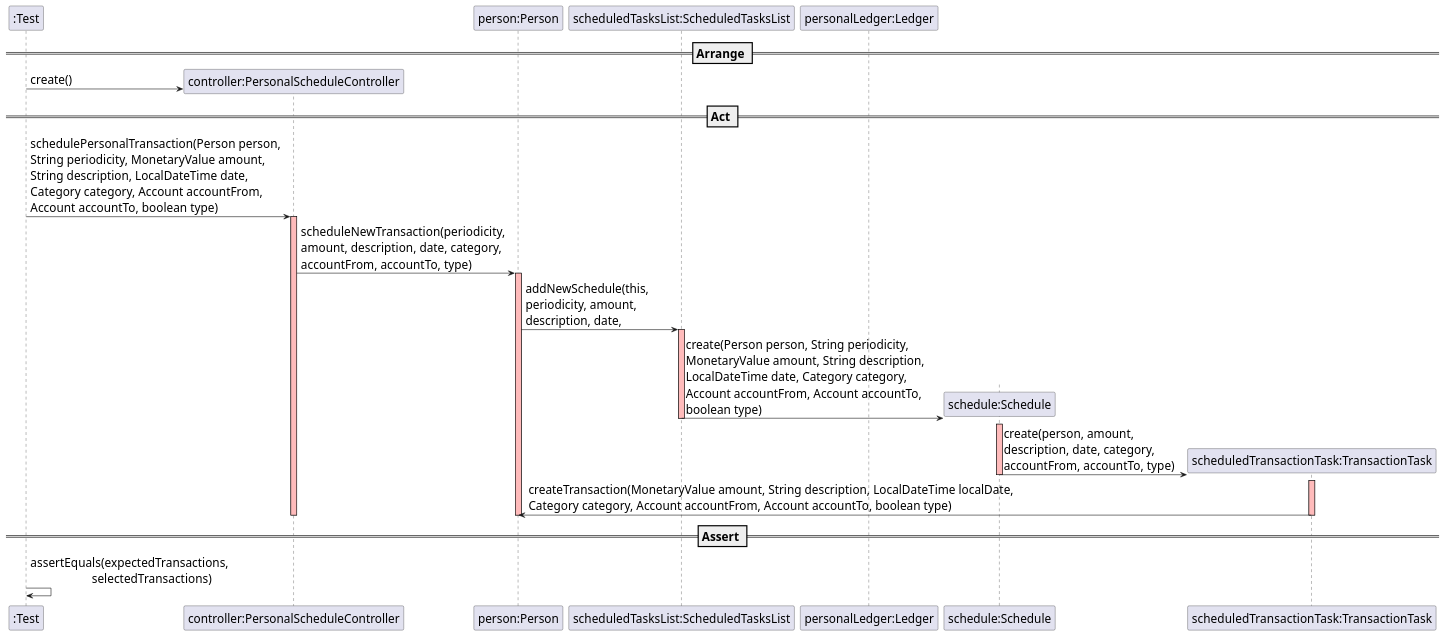
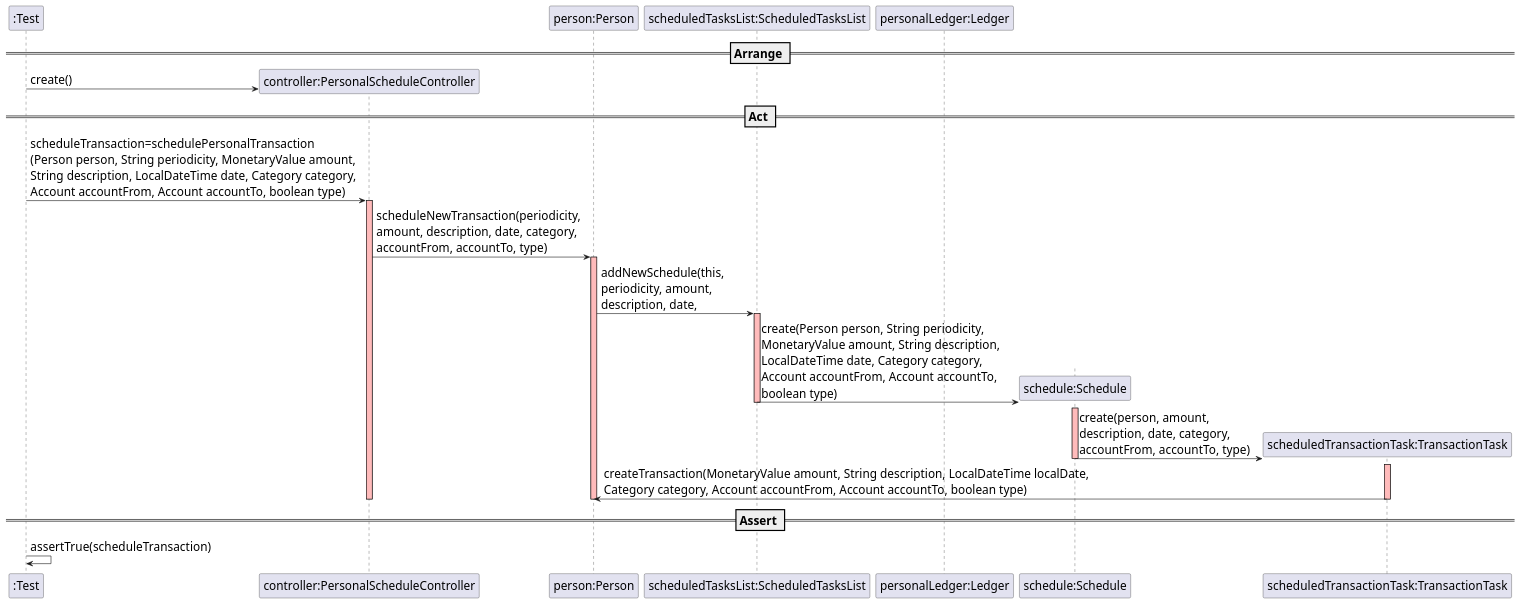
Before and after one commit to mleitaoribeiro/DevOpsMaven: the diagram in docs/SequenceDiagram - US020.1.puml, drawn with PlantUML. The commit also changed 1 other file, not shown here.

```diff
--- a/docs/SequenceDiagram - US020.1.puml
+++ b/docs/SequenceDiagram - US020.1.puml
@@ -1,41 +1,41 @@
 @startuml
 skinparam DefaultFontSize 20
 participant ":Test"
 
 == Arrange ==
 
 create "controller:PersonalScheduleController"
 ":Test" -> "controller:PersonalScheduleController" : create()
 
 participant "person:Person"
 participant "scheduledTasksList:ScheduledTasksList"
 participant "personalLedger:Ledger"
 
 == Act ==
 
-":Test" -> "controller:PersonalScheduleController" : schedulePersonalTransaction(Person person, \nString periodicity, MonetaryValue amount, \nString description, LocalDateTime date, \nCategory category, Account accountFrom, \nAccount accountTo, boolean type)
+":Test" -> "controller:PersonalScheduleController" : scheduleTransaction=schedulePersonalTransaction\n(Person person, String periodicity, MonetaryValue amount, \nString description, LocalDateTime date, Category category, \nAccount accountFrom, Account accountTo, boolean type)
 activate "controller:PersonalScheduleController" #FFBBBB
 "controller:PersonalScheduleController" -> "person:Person" : scheduleNewTransaction(periodicity, \namount, description, date, category, \naccountFrom, accountTo, type)
 activate "person:Person" #FFBBBB
 "person:Person" -> "scheduledTasksList:ScheduledTasksList" : addNewSchedule(this, \nperiodicity, amount, \ndescription, date,
 activate "scheduledTasksList:ScheduledTasksList" #FFBBBB
 create "schedule:Schedule"
 "scheduledTasksList:ScheduledTasksList" -> "schedule:Schedule" : create(Person person, String periodicity, \nMonetaryValue amount, String description, \nLocalDateTime date, Category category, \nAccount accountFrom, Account accountTo, \nboolean type)
 activate "schedule:Schedule" #FFBBBB
 create "scheduledTransactionTask:TransactionTask"
 deactivate "scheduledTasksList:ScheduledTasksList"
 "schedule:Schedule" -> "scheduledTransactionTask:TransactionTask" : create(person, amount, \ndescription, date, category, \naccountFrom, accountTo, type)
 deactivate "schedule:Schedule"
 activate "scheduledTransactionTask:TransactionTask" #FFBBBB
 "scheduledTransactionTask:TransactionTask" -> "person:Person" : createTransaction(MonetaryValue amount, String description, LocalDateTime localDate, \nCategory category, Account accountFrom, Account accountTo, boolean type)
 deactivate "scheduledTransactionTask:TransactionTask"
 deactivate "person:Person"
 deactivate "controller:PersonalScheduleController"
 deactivate "personalLedger:Ledger"
 
 == Assert ==
 
-":Test" -> ":Test" : assertEquals(expectedTransactions, \n                    selectedTransactions)
+":Test" -> ":Test" : assertTrue(scheduleTransaction)
 
 
 @enduml
```
